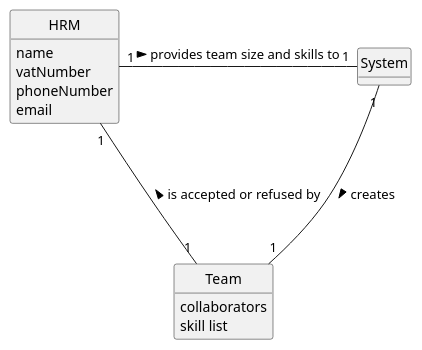
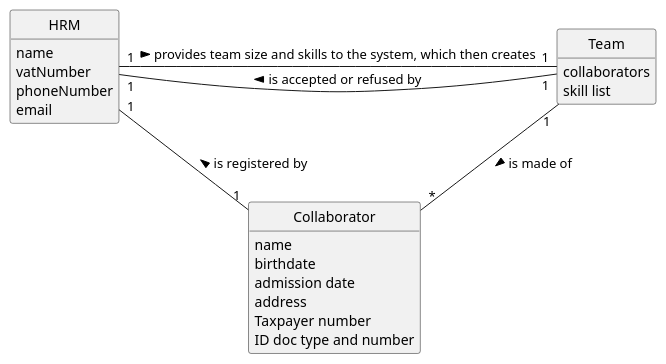
One commit to tiagosoa/lei-24-s2-1dgh-g073 changed the diagram in docs/sprint3/us005/02.analysis/puml/us005-domain-model.puml. Above: the diagram before and after it, drawn with PlantUML. The commit also changed 21 other files, not shown here.

```diff
--- a/docs/sprint3/us005/02.analysis/puml/us005-domain-model.puml
+++ b/docs/sprint3/us005/02.analysis/puml/us005-domain-model.puml
@@ -1,43 +1,52 @@
 @startuml
 skinparam monochrome true
 skinparam packageStyle rectangle
 skinparam shadowing false
 
 'left to right direction
 
 skinparam classAttributeIconSize 0
 
 hide circle
 hide methods
 
 'title Domain Model
 
 'class Platform {
 '  -description
 '}
 
 class HRM {
     name
     vatNumber
     phoneNumber
     email
 }
 
-class System {
-}
-
 class Team {
     collaborators
     skill list
+}
+
+class Collaborator {
+    name
+    birthdate
+    admission date
+    address
+    contact info (mobile and email)
+    Taxpayer number
+    ID doc type and number
 }
 
 'class User {
 '    name
 '    email
 '    password
 '}
 
-HRM "1" - "1" System : provides team size and skills to >
-System "1" --- "1" Team: creates >
+
+HRM "1" - "1" Team: provides team size and skills to the system, which then creates >
+Team "1" -- "*" Collaborator: is made of >
 Team "1" - "1" HRM : is accepted or refused by >
+Collaborator "1" - "1" HRM : is registered by >
 @enduml
```
